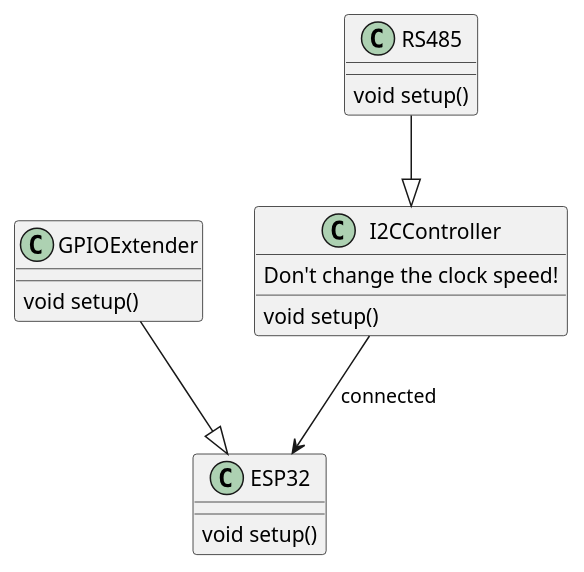
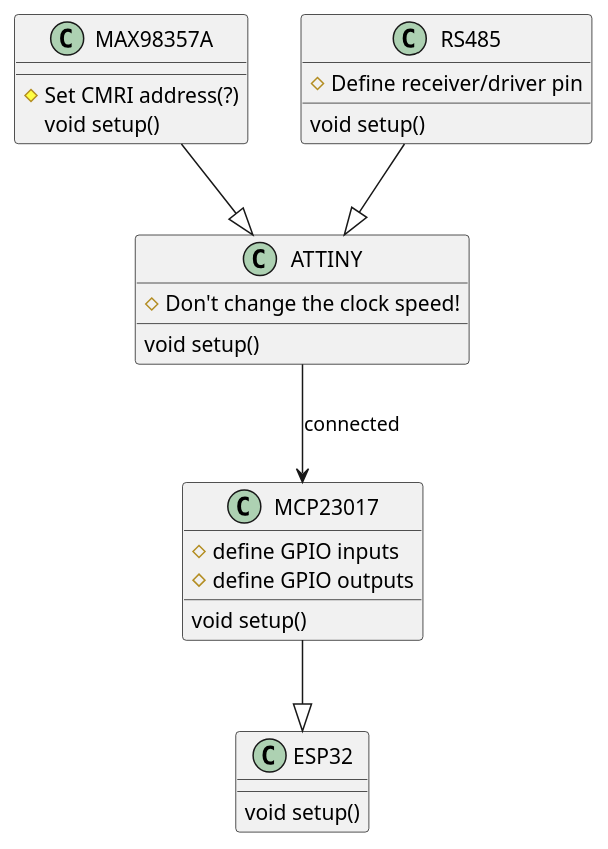
One commit to nathe6/ENGR696-Braille changed the diagram in Braille_Project/main/I2C.puml. Above: the diagram before and after it, drawn with PlantUML. The commit also changed 2 other files, not shown here.

Commit message:
Edited UML

```diff
--- a/Braille_Project/main/I2C.puml
+++ b/Braille_Project/main/I2C.puml
@@ -1,28 +1,38 @@
 @startuml ESP32
 
 together {
 
     class ESP32 {
         void setup()
     }
 
-    class I2CController {
-        Don't change the clock speed!
+    class ATTINY {
+        #Don't change the clock speed!
+        void setup()
+        
+    }
+
+    class RS485 {
+        #Define receiver/driver pin
         void setup()
     }
 
-    class RS485 {
+    class MCP23017 {
+        #define GPIO inputs
+        #define GPIO outputs
         void setup()
     }
 
-    class GPIOExtender {
+    class MAX98357A {
+        #Set CMRI address(?)
         void setup()
     }
 
-    GPIOExtender --|> ESP32
-    I2CController --> ESP32 : connected 
-    RS485 --|> I2CController
+    MCP23017 --|> ESP32
+    ATTINY --> MCP23017 : connected 
+    RS485 --|> ATTINY
+    MAX98357A --|> ATTINY
 
 }
 
 @enduml
```
